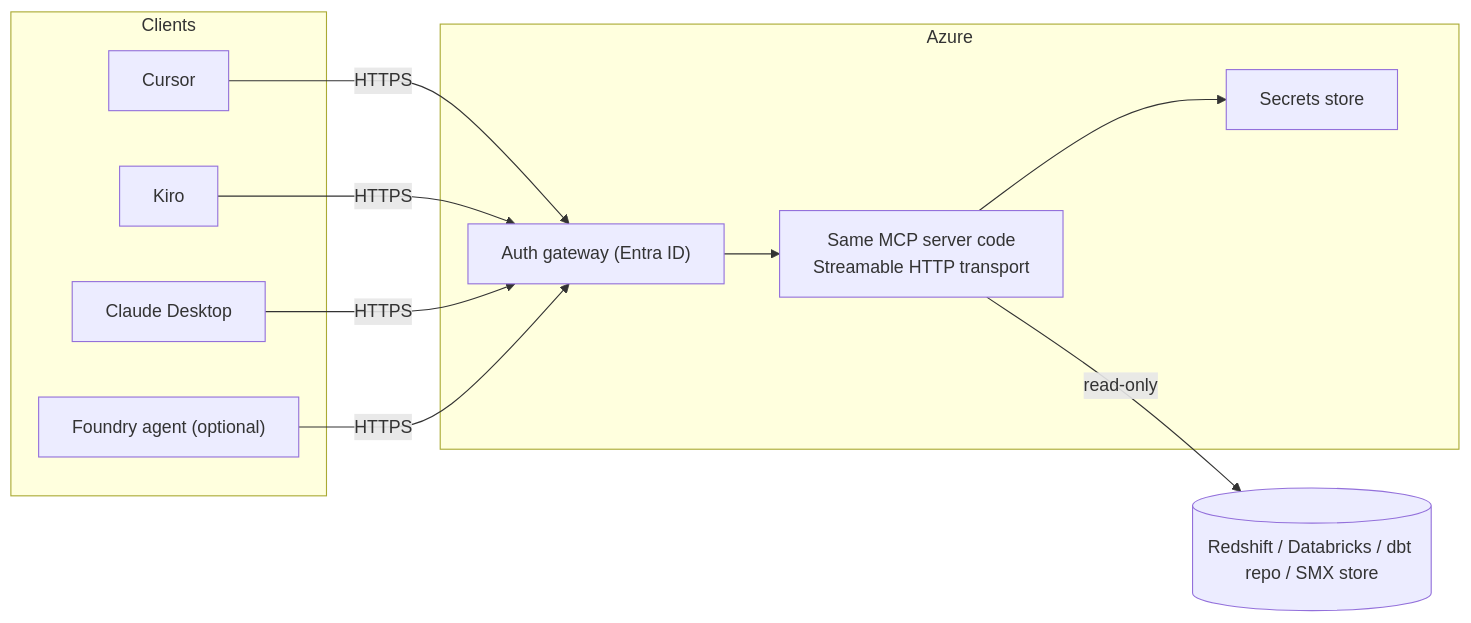
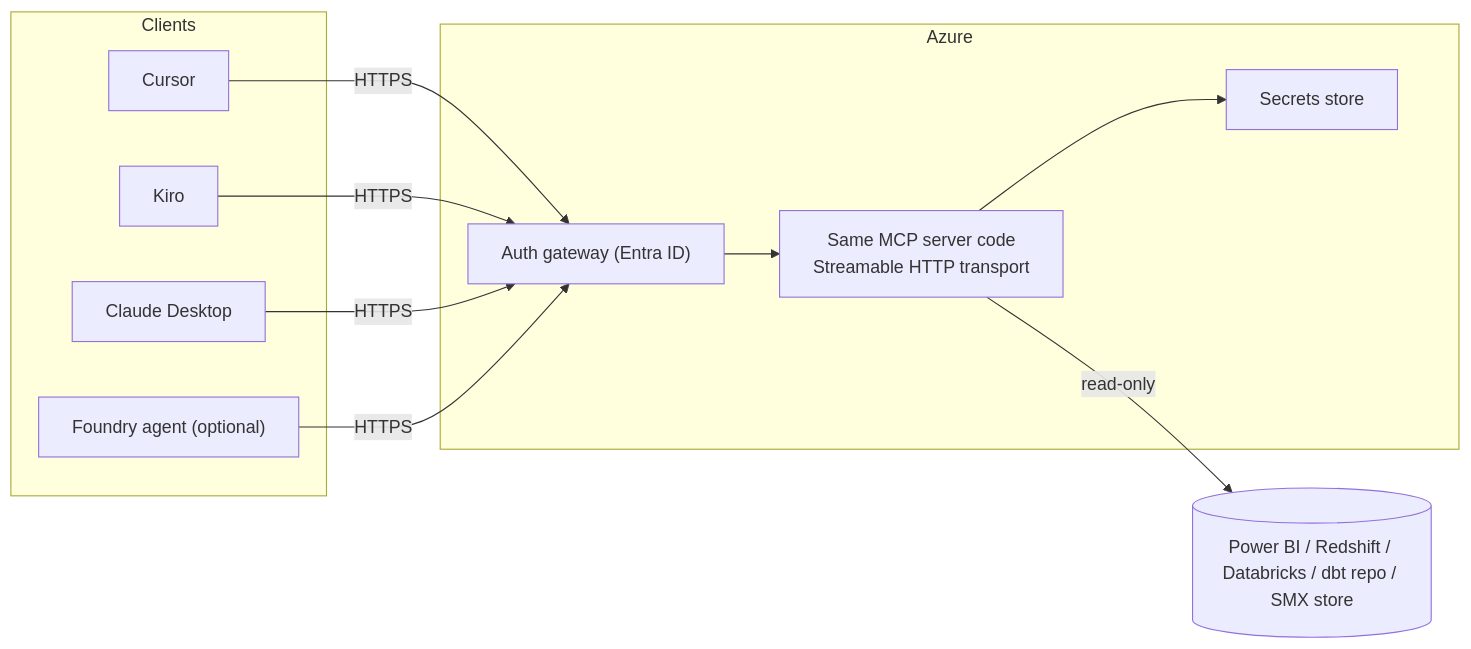
The fifth of 5 diagrams in docs/ARCHITECTURE.md (vinh-rack/data-modeller-tools), drawn with Mermaid before and after one commit. The commit also changed other lines of this file, not shown here.

First line of the commit message:
docs(architecture): add Phase 0 plan, Power BI API integration, step gate and limitations

````diff
--- a/docs/ARCHITECTURE.md
+++ b/docs/ARCHITECTURE.md
@@ -142,20 +247,20 @@
 ```mermaid
 flowchart LR
     subgraph CLIENTS["Clients"]
         C1["Cursor"]
         C2["Kiro"]
         C3["Claude Desktop"]
         C4["Foundry agent (optional)"]
     end
 
     subgraph AZ["Azure"]
         GW["Auth gateway (Entra ID)"]
         SRV["Same MCP server code<br/>Streamable HTTP transport"]
         SEC["Secrets store"]
     end
 
     C1 & C2 & C3 & C4 -->|"HTTPS"| GW
     GW --> SRV
     SRV --> SEC
-    SRV -->|"read-only"| SYS[("Redshift / Databricks / dbt repo / SMX store")]
+    SRV -->|"read-only"| SYS[("Power BI / Redshift / Databricks / dbt repo / SMX store")]
 ```
````
